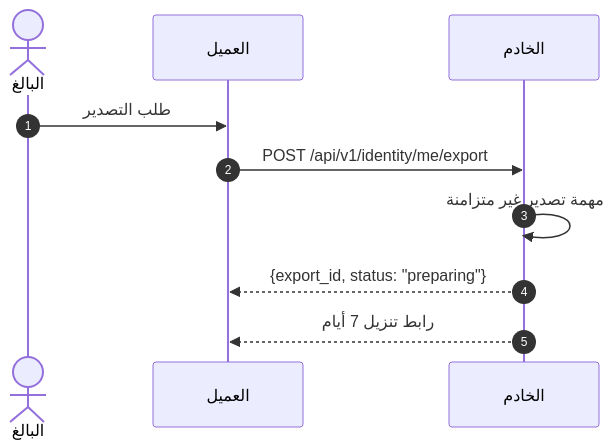
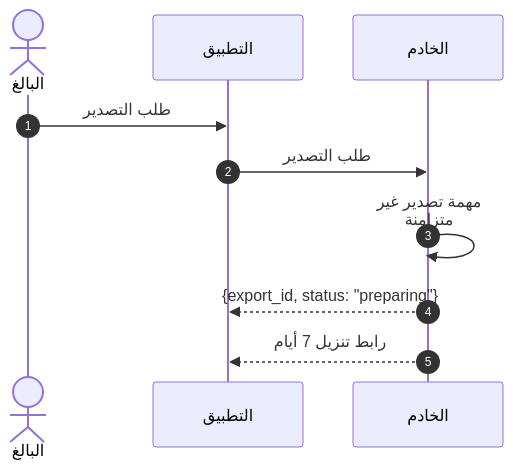
One commit to Bassam-mohammed-alqaeadi/family-os-v2 changed diagram 15 of 36 in docs/family-os/governance/phases/phase-1/S1-02-identity-and-onboarding/DIAGRAMS.md. Above: the diagram before and after it, drawn with Mermaid. The commit also changed other lines of this file, not shown here.

````diff
--- a/docs/family-os/governance/phases/phase-1/S1-02-identity-and-onboarding/DIAGRAMS.md
+++ b/docs/family-os/governance/phases/phase-1/S1-02-identity-and-onboarding/DIAGRAMS.md
@@ -645,12 +689,13 @@
 ```mermaid
+%%{init: {"sequence": {"wrap": true}}}%%
 sequenceDiagram
     autonumber
     actor Adult as البالغ
-    participant Client as العميل
+    participant App as التطبيق
     participant Ktor as الخادم
-    Adult->>Client: طلب التصدير
-    Client->>Ktor: POST /api/v1/identity/me/export
+    Adult->>App: طلب التصدير
+    App->>Ktor: طلب التصدير
     Ktor->>Ktor: مهمة تصدير غير متزامنة
-    Ktor-->>Client: {export_id, status: "preparing"}
-    Ktor-->>Client: رابط تنزيل 7 أيام
+    Ktor-->>App: {export_id, status: "preparing"}
+    Ktor-->>App: رابط تنزيل 7 أيام
 ```
````
